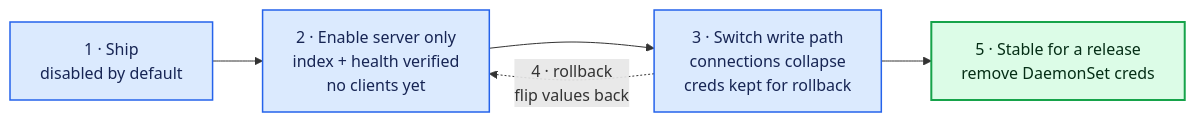
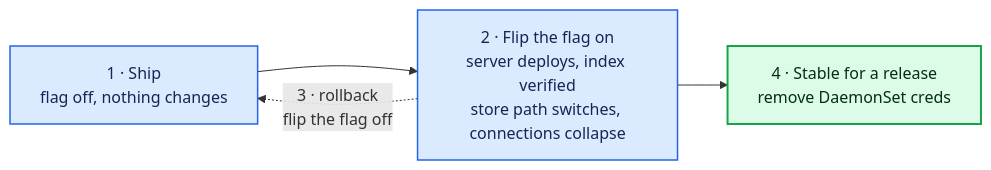
Before and after one commit to KaivalyaMDabhadkar/NVSentinel: the fifth of 6 diagrams in docs/designs/050-datastore-api-server.md, drawn with Mermaid. The commit also changed other lines of this file, not shown here.

Commit message:
fix: duplicate platform connector code as nvs-api-server

````diff
--- a/docs/designs/050-datastore-api-server.md
+++ b/docs/designs/050-datastore-api-server.md
@@ -509,15 +592,14 @@
 ```mermaid
 flowchart LR
-    P1["1 · Ship<br/>disabled by default"]
-    P2["2 · Enable server only<br/>index + health verified<br/>no clients yet"]
-    P3["3 · Switch write path<br/>connections collapse<br/>creds kept for rollback"]
-    P5["5 · Stable for a release<br/>remove DaemonSet creds"]
+    P1["1 · Ship<br/>flag off, nothing changes"]
+    P2["2 · Flip the flag on<br/>server deploys, index verified<br/>store path switches, connections collapse"]
+    P4["4 · Stable for a release<br/>remove DaemonSet creds"]
 
-    P1 --> P2 --> P3 --> P5
-    P3 -. "4 · rollback<br/>flip values back" .-> P2
+    P1 --> P2 --> P4
+    P2 -. "3 · rollback<br/>flip the flag off" .-> P1
 
     classDef phase fill:#DBEAFE,stroke:#2563EB,color:#172554,stroke-width:1.5px
     classDef result fill:#DCFCE7,stroke:#16A34A,color:#052E16,stroke-width:2px
-    class P1,P2,P3 phase
-    class P5 result
+    class P1,P2 phase
+    class P4 result
 ```
````
